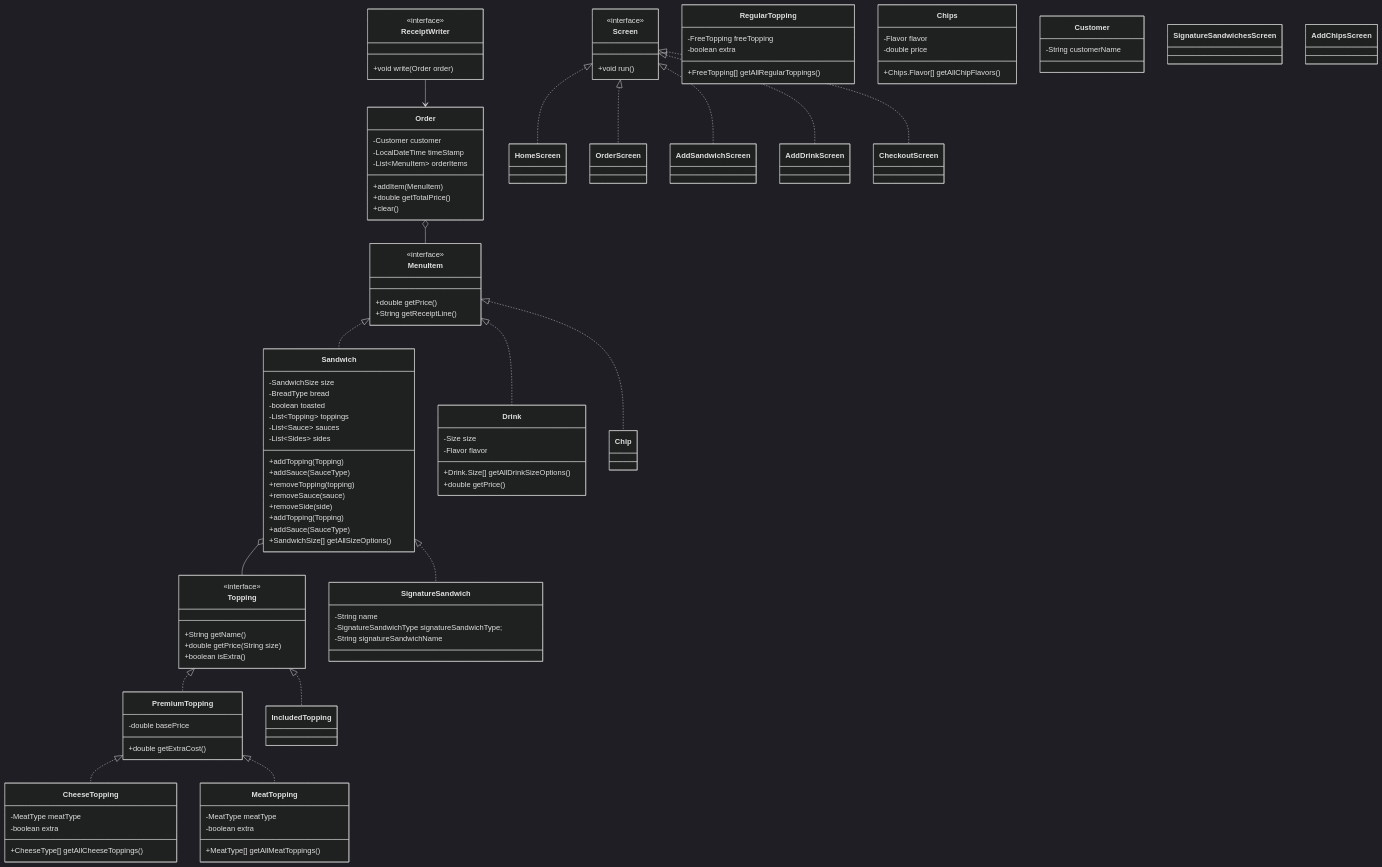
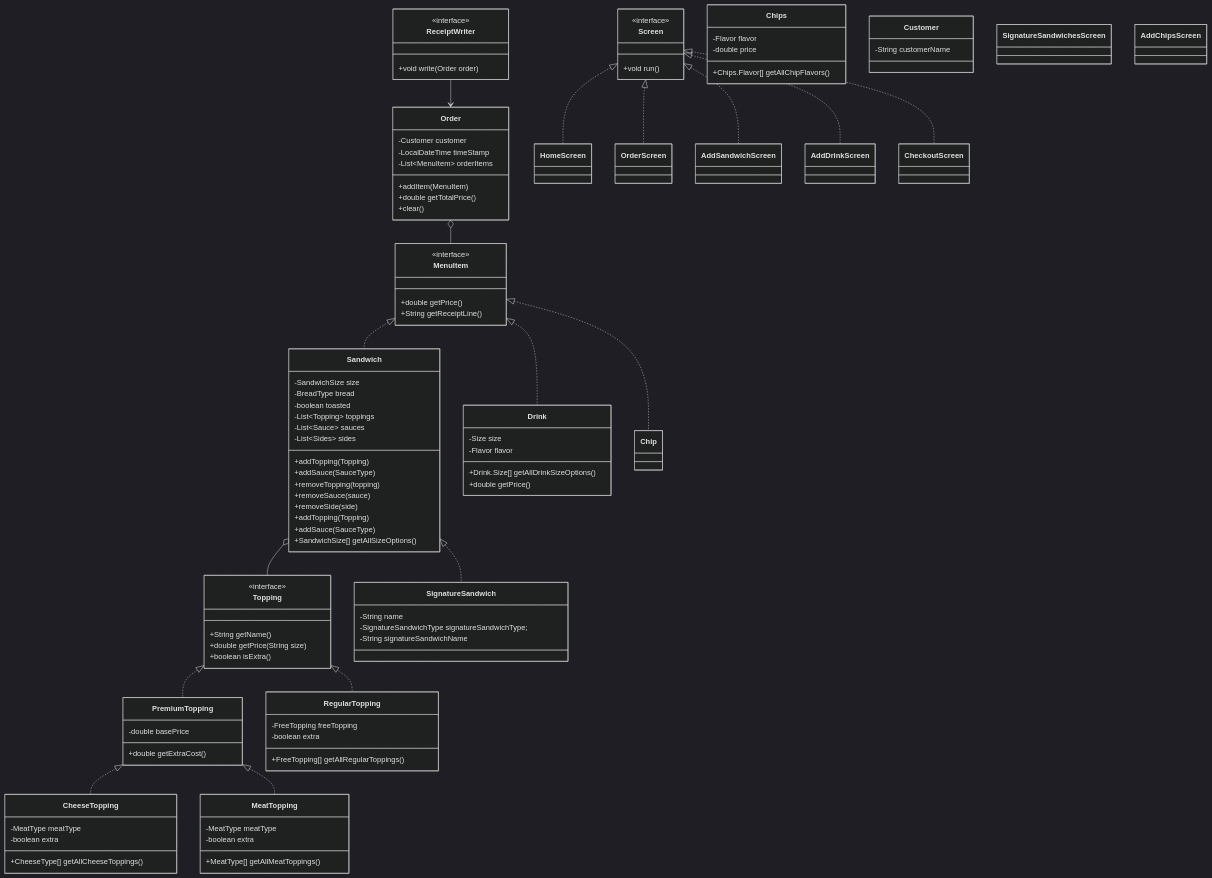
The diagram in README.md (annaharbour/deli-cious), drawn with Mermaid (dark theme) before and after one commit.

Commit message:
Update README.md
regular topping instead of included topping

```diff
--- a/README.md
+++ b/README.md
@@ -112,7 +112,7 @@
     Topping <|.. PremiumTopping
     PremiumTopping <|.. CheeseTopping
     PremiumTopping <|.. MeatTopping
-    Topping <|.. IncludedTopping
+    Topping <|.. RegularTopping
 
     MenuItem <|.. Sandwich
     MenuItem <|.. Chip
```
